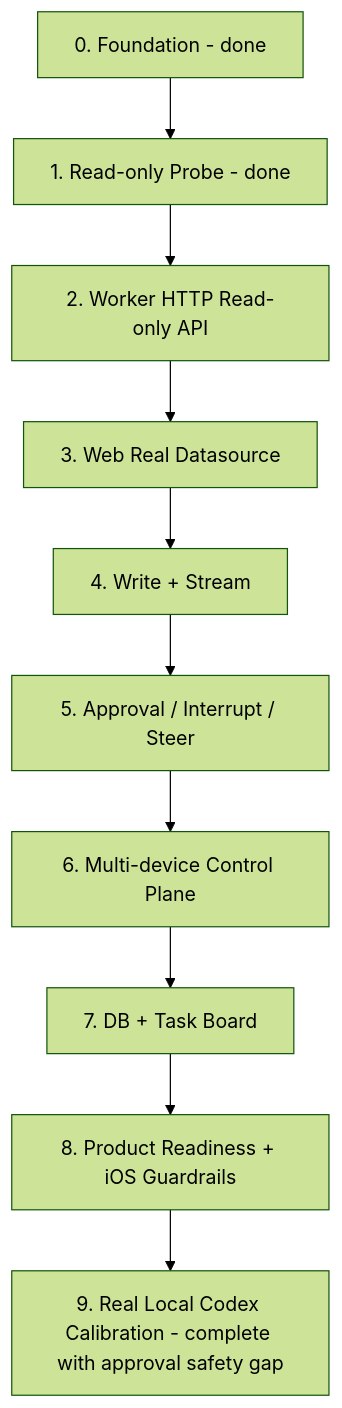
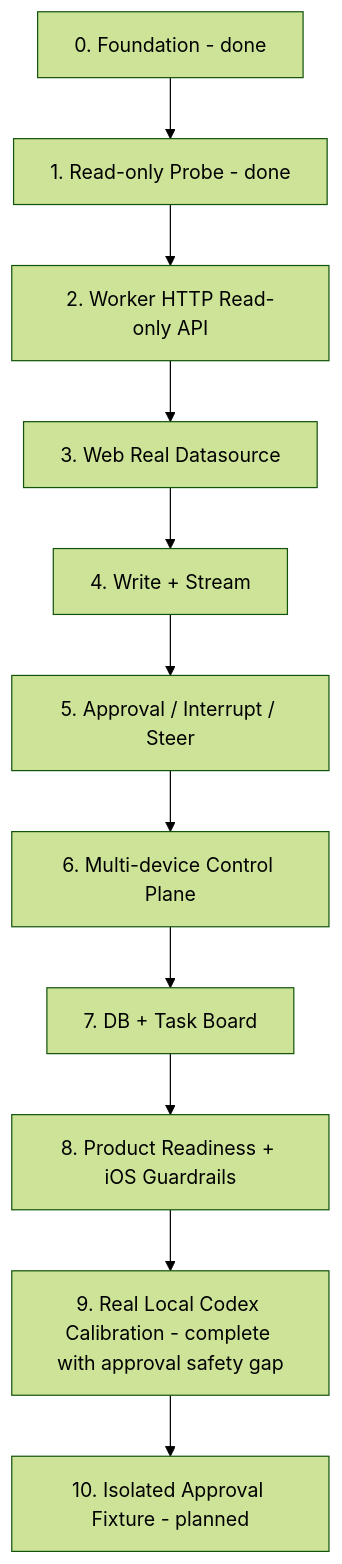
Before and after one commit to VintLin/codex-remote: the second of 3 diagrams in PLAN.md, drawn with Mermaid (forest theme). The commit also changed other lines of this file and 2 other files, not shown here.

Commit message:
docs: plan isolated approval fixture

````diff
--- a/PLAN.md
+++ b/PLAN.md
@@ -60,15 +61,16 @@
 ```mermaid
 flowchart TB
   P0["0. Foundation - done"]
   P1["1. Read-only Probe - done"]
   P2["2. Worker HTTP Read-only API"]
   P3["3. Web Real Datasource"]
   P4["4. Write + Stream"]
   P5["5. Approval / Interrupt / Steer"]
   P6["6. Multi-device Control Plane"]
   P7["7. DB + Task Board"]
   P8["8. Product Readiness + iOS Guardrails"]
   P9["9. Real Local Codex Calibration - complete with approval safety gap"]
+  P10["10. Isolated Approval Fixture - planned"]
 
-  P0 --> P1 --> P2 --> P3 --> P4 --> P5 --> P6 --> P7 --> P8 --> P9
+  P0 --> P1 --> P2 --> P3 --> P4 --> P5 --> P6 --> P7 --> P8 --> P9 --> P10
 ```
````
